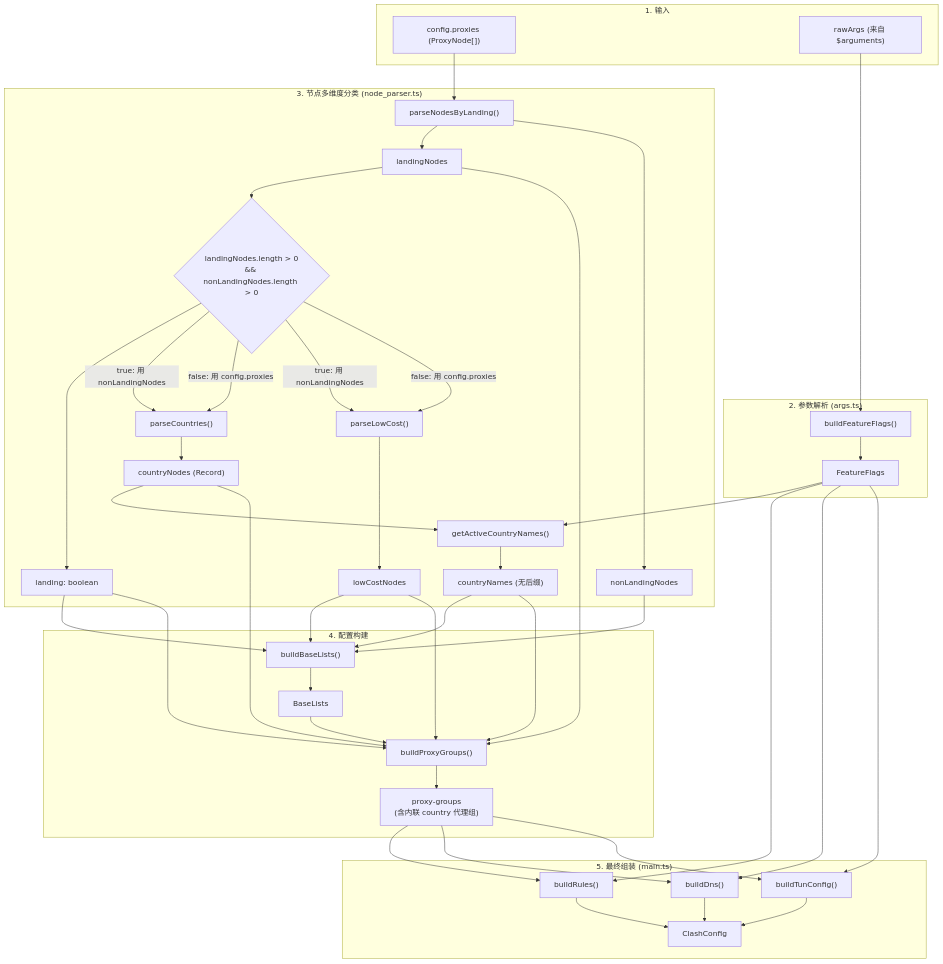
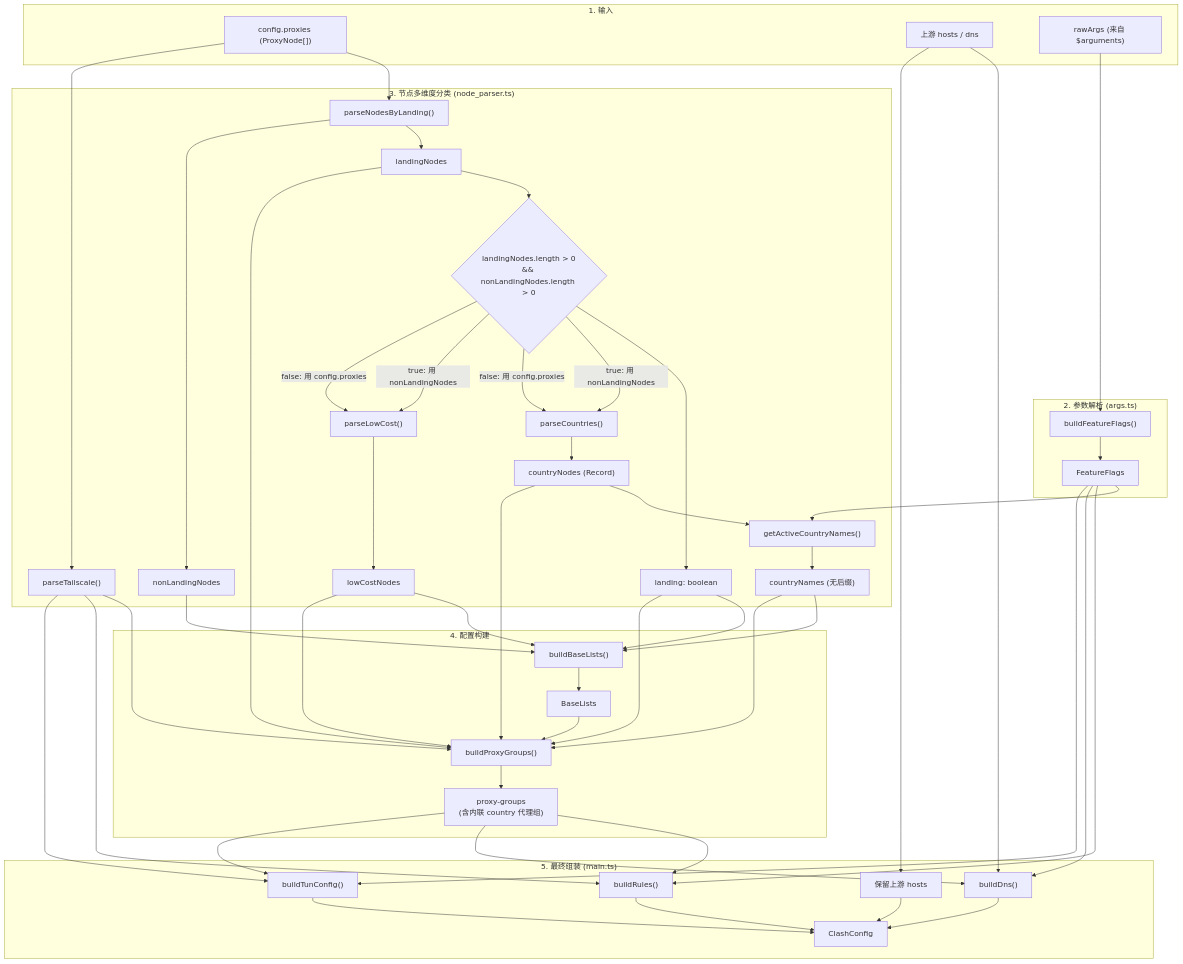
Before and after one commit to powerfullz/override-rules: the diagram in docs/ARCHITECTURE.md, drawn with Mermaid. The commit also changed other lines of this file, not shown here.

Commit message:
Agent Host changes for agents/update-architecture-doc (#69)

````diff
--- a/docs/ARCHITECTURE.md
+++ b/docs/ARCHITECTURE.md
@@ -11,56 +11,64 @@
 ```mermaid
 flowchart TD
     subgraph Input["1. 输入"]
         CP["config.proxies (ProxyNode[])"]
+        UP["上游 hosts / dns"]
         RA["rawArgs (来自 $arguments)"]
     end
 
     subgraph Args["2. 参数解析 (args.ts)"]
         RA --> BFF["buildFeatureFlags()"]
         BFF --> FF["FeatureFlags"]
     end
 
     subgraph Parser["3. 节点多维度分类 (node_parser.ts)"]
         CP --> PNL["parseNodesByLanding()"]
+        CP --> TS["parseTailscale()"]
         PNL --> LN["landingNodes"]
         PNL --> NLN["nonLandingNodes"]
         LN --> LCHK{"landingNodes.length > 0<br/>&& nonLandingNodes.length > 0"}
         LCHK --> LAND["landing: boolean"]
         LCHK -->|"true: 用 nonLandingNodes"| PC["parseCountries()"]
         LCHK -->|"false: 用 config.proxies"| PC
         LCHK -->|"true: 用 nonLandingNodes"| PLC["parseLowCost()"]
         LCHK -->|"false: 用 config.proxies"| PLC
         PC --> CN["countryNodes (Record)"]
         PLC --> LCN["lowCostNodes"]
         CN --> GACN["getActiveCountryNames()"]
         GACN --> ACN["countryNames (无后缀)"]
         FF --> GACN
     end
 
     subgraph Builders["4. 配置构建"]
         ACN --> BBL["buildBaseLists()"]
         LAND --> BBL
         LCN --> BBL
+        TS --> BPG
         NLN --> BBL
         BBL --> BL["BaseLists"]
         BL --> BPG["buildProxyGroups()"]
         ACN --> BPG
         CN --> BPG
         LAND --> BPG
         LN --> BPG
         LCN --> BPG
         BPG --> PG["proxy-groups<br/>(含内联 country 代理组)"]
     end
 
     subgraph Output["5. 最终组装 (main.ts)"]
         PG --> RULES["buildRules()"]
         PG --> DNS["buildDns()"]
         PG --> TUN["buildTunConfig()"]
+        UP --> DNS
+        UP --> HOSTS["保留上游 hosts"]
+        TS --> RULES
+        TS --> TUN
         FF --> RULES
         FF --> DNS
         FF --> TUN
         RULES --> FINAL["ClashConfig"]
         DNS --> FINAL
         TUN --> FINAL
+        HOSTS --> FINAL
     end
 ```
````
